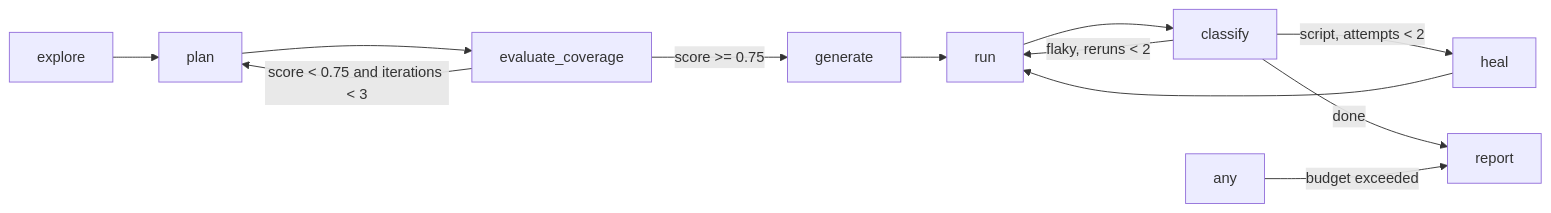
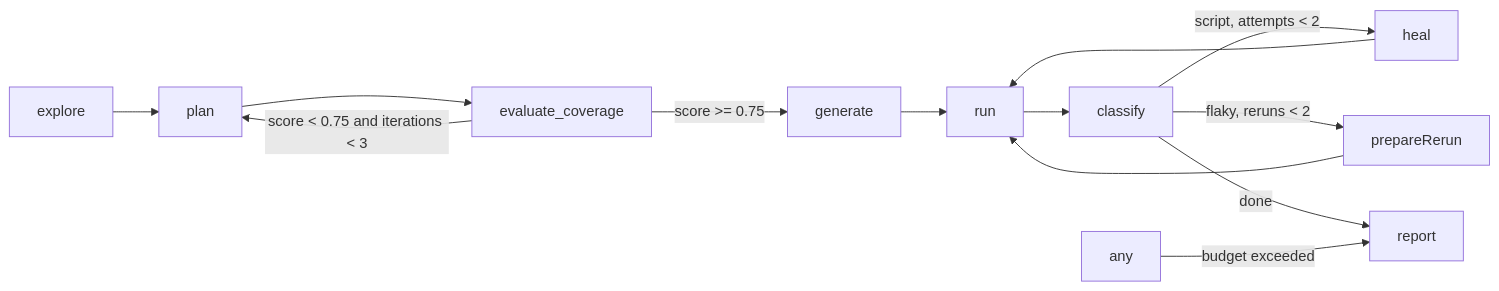
One commit to Dip707/100xBuilders changed the diagram in qa-pilot/ARCHITECTURE.md. Above: the diagram before and after it, drawn with Mermaid. The commit also changed other lines of this file and 1 other file, not shown here.

````diff
--- a/qa-pilot/ARCHITECTURE.md
+++ b/qa-pilot/ARCHITECTURE.md
@@ -3,11 +3,11 @@
 ```mermaid
 flowchart LR
   explore --> plan --> evaluate_coverage
   evaluate_coverage -- "score < 0.75 and iterations < 3" --> plan
   evaluate_coverage -- "score >= 0.75" --> generate
   generate --> run --> classify
   classify -- "script, attempts < 2" --> heal --> run
-  classify -- "flaky, reruns < 2" --> run
+  classify -- "flaky, reruns < 2" --> prepareRerun --> run
   classify -- "done" --> report
   any -- "budget exceeded" --> report
 ```
````
